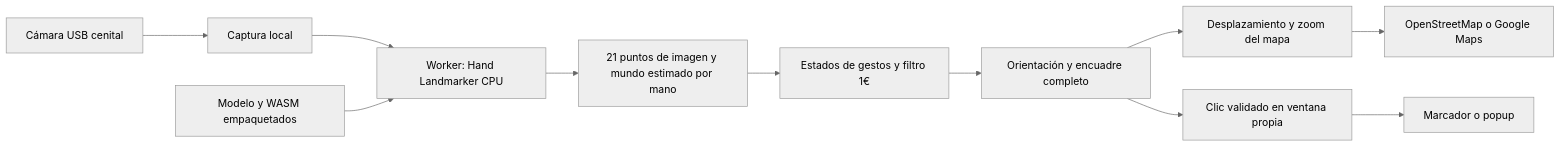
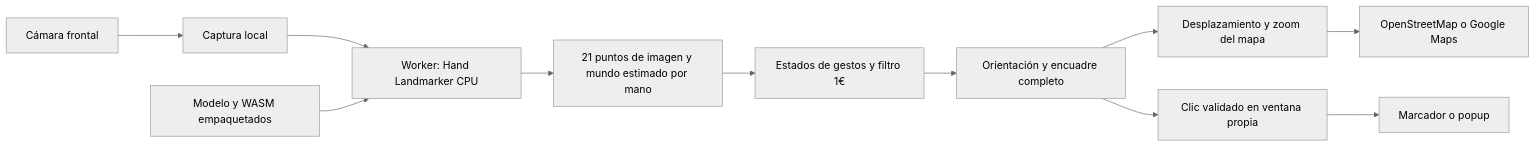
The diagram in mapaGestualMLR/README.md (eeminionn/labTecnologiasEmergentes), drawn with Mermaid (neutral theme) before and after one commit. The commit also changed other lines of this file and 15 other files, not shown here.

````diff
--- a/mapaGestualMLR/README.md
+++ b/mapaGestualMLR/README.md
@@ -34,13 +34,13 @@
 ```mermaid
 flowchart LR
-    A[Cámara USB cenital] --> B[Captura local]
+    A[Cámara frontal] --> B[Captura local]
     B --> C[Worker: Hand Landmarker CPU]
     C --> D[21 puntos de imagen y mundo estimado por mano]
     D --> E[Estados de gestos y filtro 1€]
     E --> F[Orientación y encuadre completo]
     F --> G[Desplazamiento y zoom del mapa]
     F --> H[Clic validado en ventana propia]
     H --> I[Marcador o popup]
     G --> J[OpenStreetMap o Google Maps]
     K[Modelo y WASM empaquetados] --> C
 ```
````
